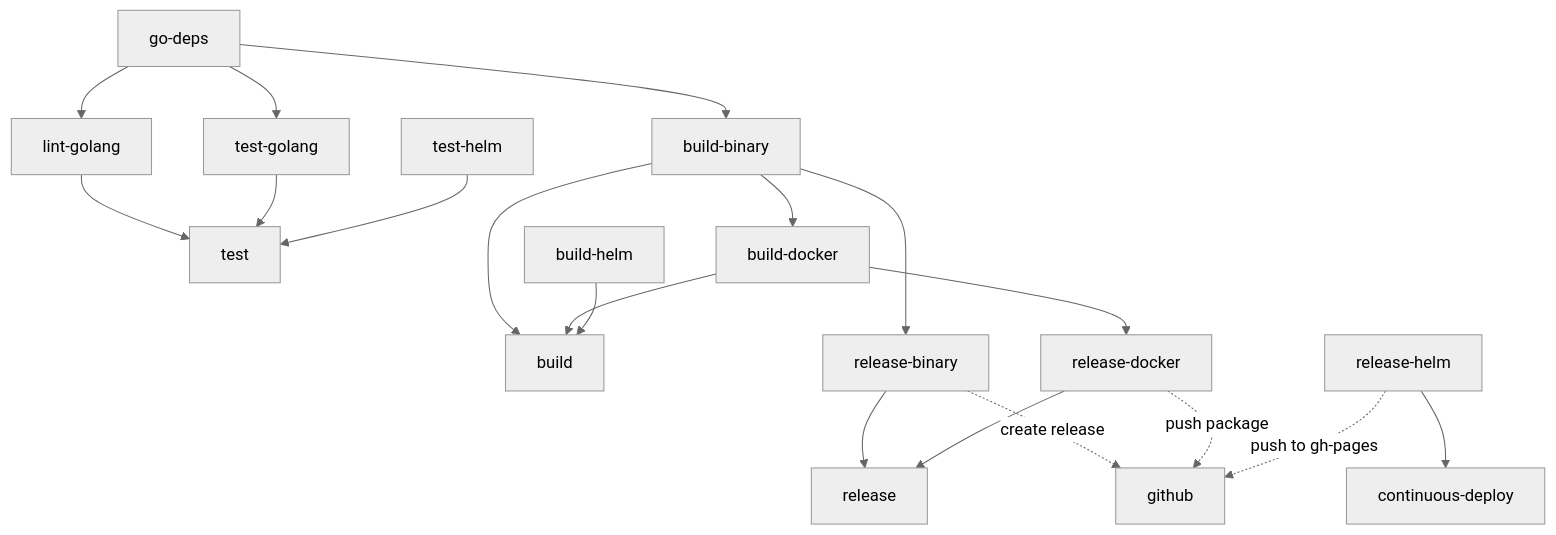
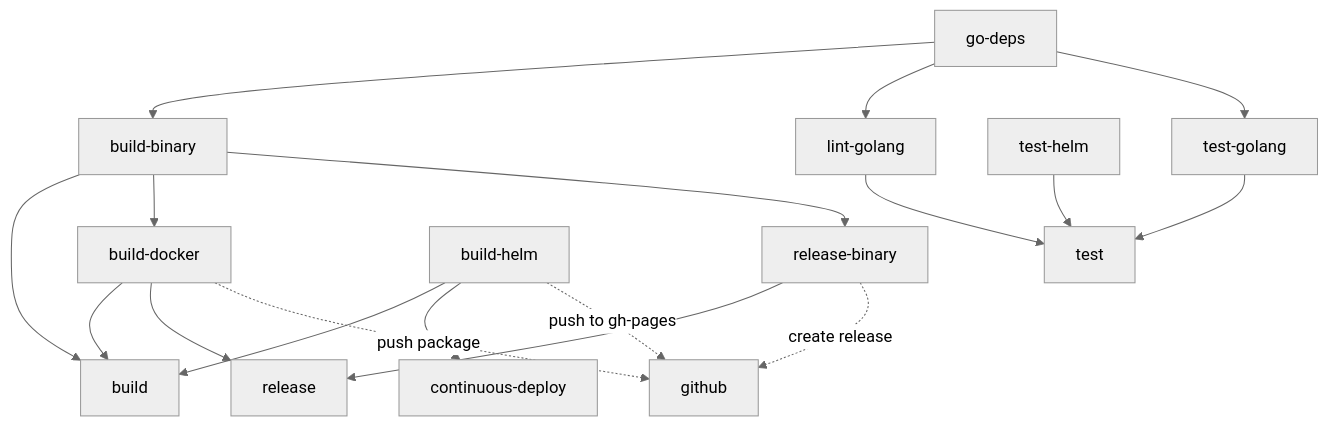
The diagram in Earthfile.md (weaveworks/prom-aggregation-gateway), drawn with Mermaid (neutral theme) before and after one commit. The commit also changed 1 other file, not shown here.

Commit message:
try to simplify

````diff
--- a/Earthfile.md
+++ b/Earthfile.md
@@ -1,26 +1,25 @@
 ```mermaid
 graph TD
     lint-golang --> test
     test-golang --> test
     test-helm --> test
     
     build-binary --> build
     build-docker --> build
     build-helm --> build
     
     build-binary --> build-docker
     release-binary --> release
     release-binary -.create release.-> github
-    release-docker --> release
-    release-docker -.push package.-> github
+    build-docker --> release
+    build-docker -.push package.-> github
     
     build-binary --> release-binary
-    build-docker --> release-docker
-    
-    release-helm --> continuous-deploy
-    release-helm -.push to gh-pages.-> github
+
+    build-helm --> continuous-deploy
+    build-helm -.push to gh-pages.-> github
     
     go-deps --> build-binary
     go-deps --> lint-golang
     go-deps --> test-golang
 ```
````
